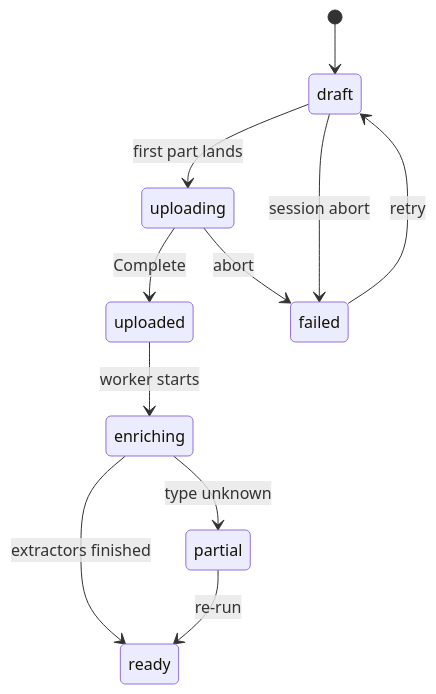
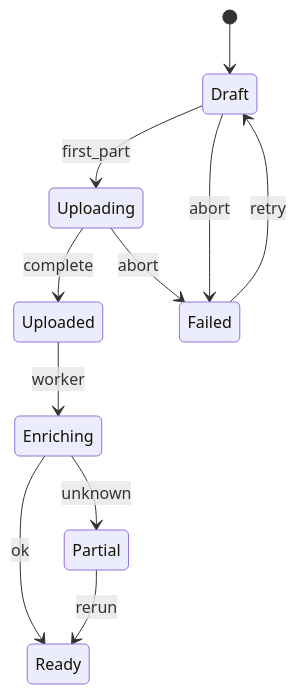
One commit to ShakedNeeman/exodia changed the fourth of 4 diagrams in docs/uml.md. Above: the diagram before and after it, drawn with Mermaid. The commit also changed other lines of this file and 2 other files, not shown here.

First line of the commit message:
Render class and state UML with mermaid 11-safe syntax.

````diff
--- a/docs/uml.md
+++ b/docs/uml.md
@@ -185,13 +184,13 @@
 ```mermaid
 stateDiagram-v2
-  [*] --> draft
-  draft --> uploading : first part lands
-  uploading --> uploaded : Complete
-  uploading --> failed : abort
-  draft --> failed : session abort
-  uploaded --> enriching : worker starts
-  enriching --> ready : extractors finished
-  enriching --> partial : type unknown
-  partial --> ready : re-run
-  failed --> draft : retry
+    [*] --> Draft
+    Draft --> Uploading : first_part
+    Uploading --> Uploaded : complete
+    Uploading --> Failed : abort
+    Draft --> Failed : abort
+    Uploaded --> Enriching : worker
+    Enriching --> Ready : ok
+    Enriching --> Partial : unknown
+    Partial --> Ready : rerun
+    Failed --> Draft : retry
 ```
````
